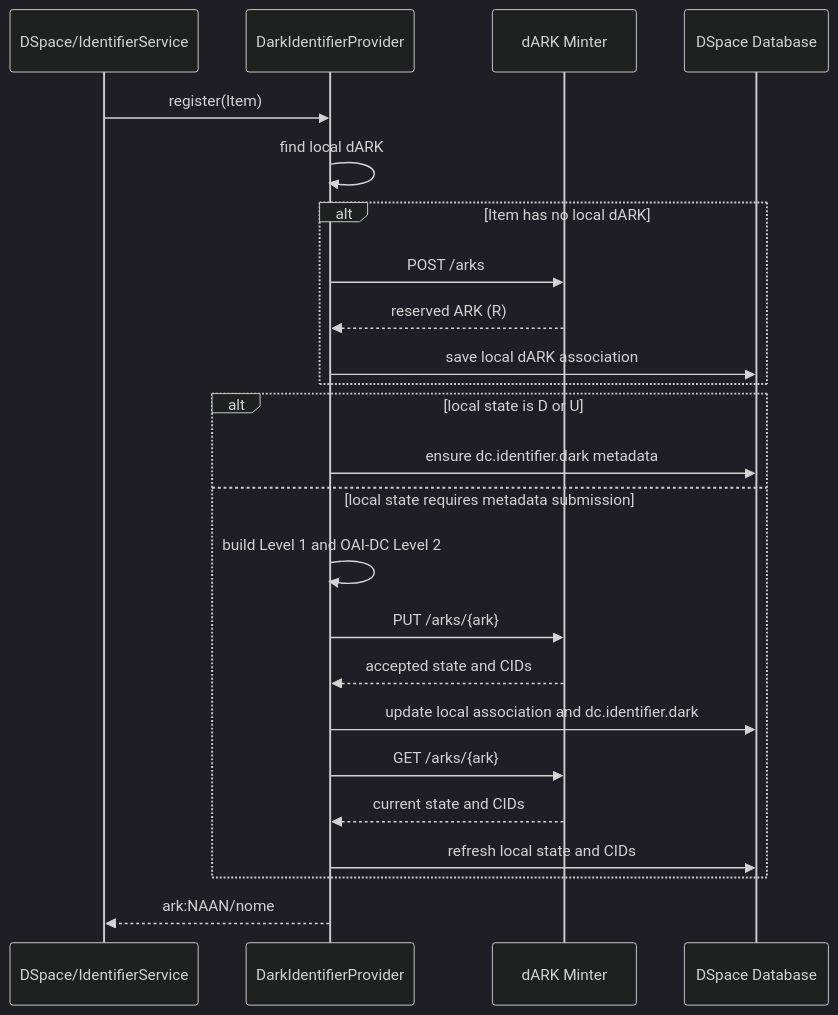
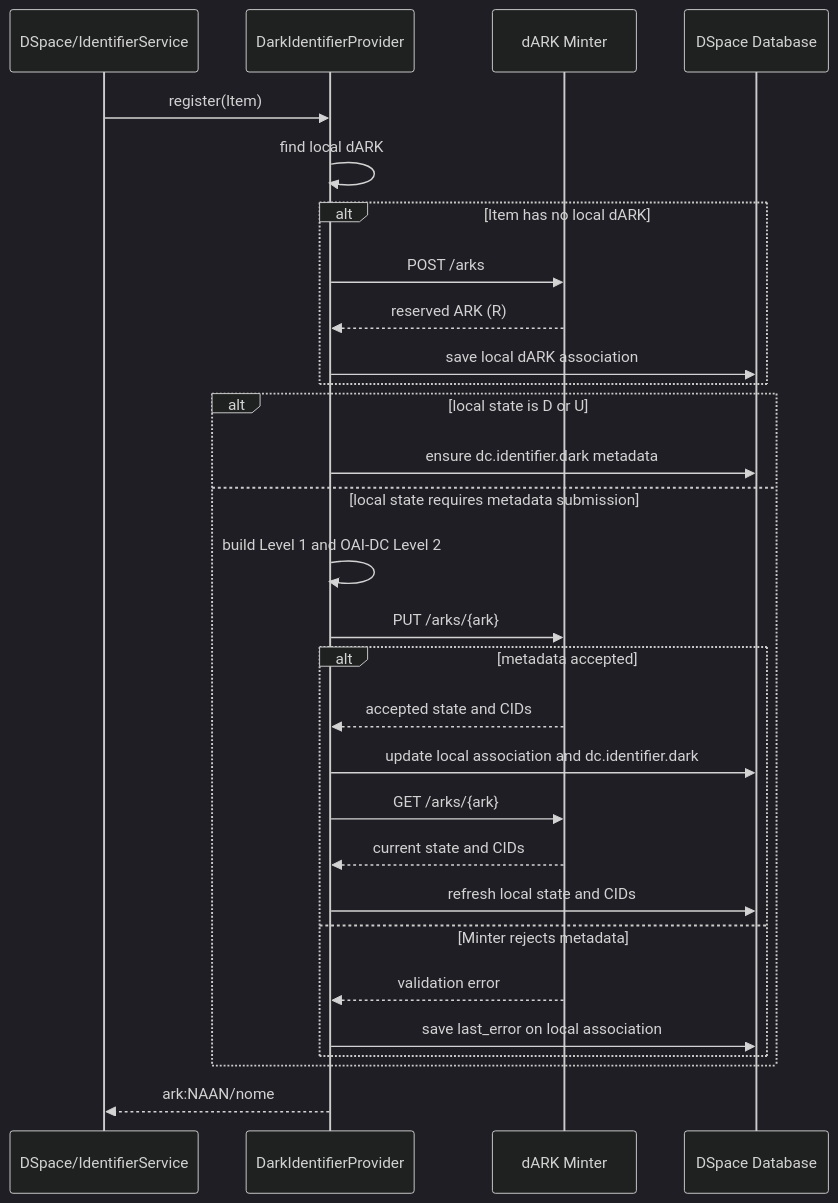
The first of 5 diagrams in docs/dark-dspace-integration.md (LA-Referencia-Lyrasis-Project/DSpace), drawn with Mermaid (dark theme) before and after one commit. The commit also changed other lines of this file and 10 other files, not shown here.

First line of the commit message:
feat(dark): persist Minter validation errors and support retry

````diff
--- a/docs/dark-dspace-integration.md
+++ b/docs/dark-dspace-integration.md
@@ -96,27 +95,32 @@
 ```mermaid
 sequenceDiagram
     participant D as DSpace/IdentifierService
     participant P as DarkIdentifierProvider
     participant M as dARK Minter
     participant DB as DSpace Database
 
     D->>P: register(Item)
     P->>P: find local dARK
     alt Item has no local dARK
         P->>M: POST /arks
         M-->>P: reserved ARK (R)
         P->>DB: save local dARK association
     end
     alt local state is D or U
         P->>DB: ensure dc.identifier.dark metadata
     else local state requires metadata submission
         P->>P: build Level 1 and OAI-DC Level 2
         P->>M: PUT /arks/{ark}
-        M-->>P: accepted state and CIDs
-        P->>DB: update local association and dc.identifier.dark
-        P->>M: GET /arks/{ark}
-        M-->>P: current state and CIDs
-        P->>DB: refresh local state and CIDs
+        alt metadata accepted
+            M-->>P: accepted state and CIDs
+            P->>DB: update local association and dc.identifier.dark
+            P->>M: GET /arks/{ark}
+            M-->>P: current state and CIDs
+            P->>DB: refresh local state and CIDs
+        else Minter rejects metadata
+            M-->>P: validation error
+            P->>DB: save last_error on local association
+        end
     end
     P-->>D: ark:NAAN/nome
 ```
````
